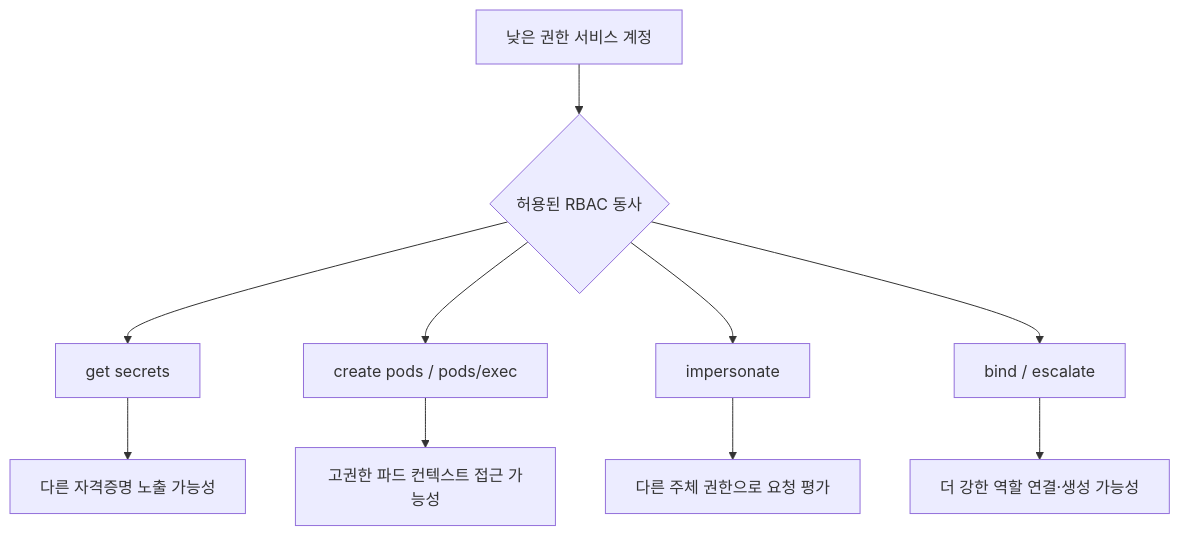
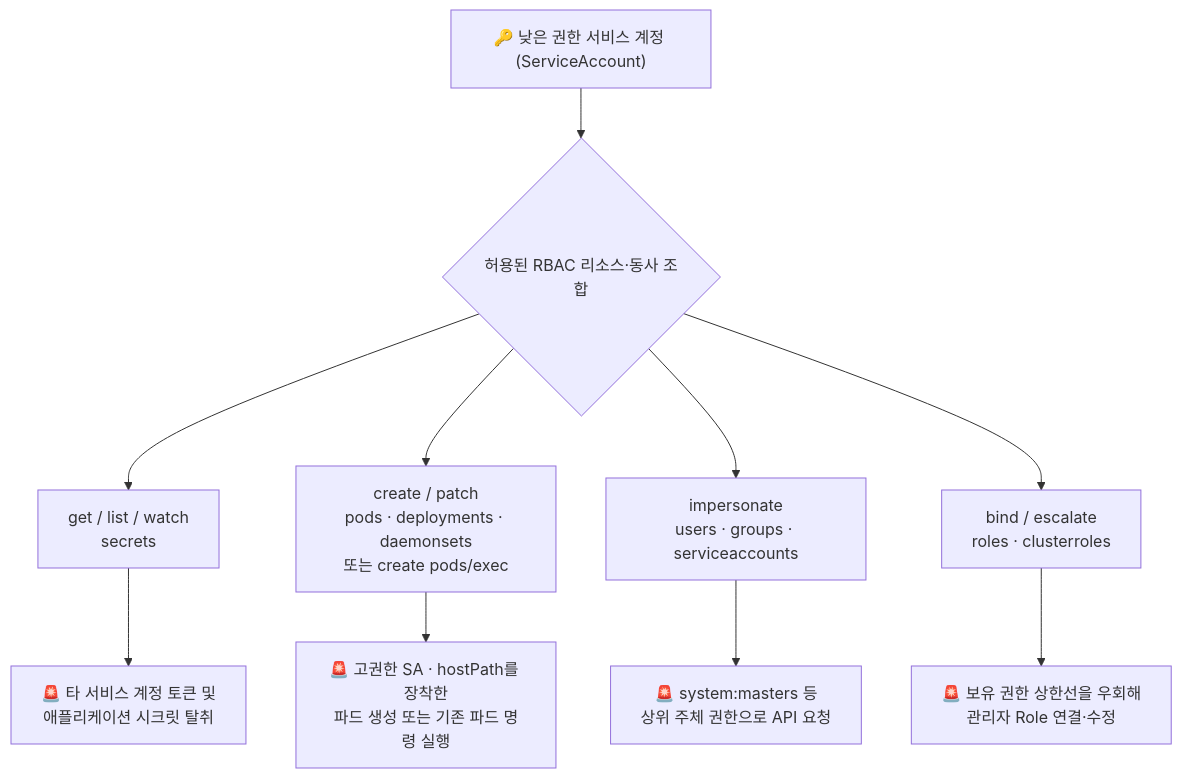
Before and after one commit to gooyong-sec/gooyong-sec.github.io: the third of 3 diagrams in content/클라우드인프라/클라우드 인프라 진단 — 컨테이너·Kubernetes 탈출.md, drawn with Mermaid. The commit also changed other lines of this file and 68 other files, not shown here.

````diff
--- a/content/클라우드인프라/클라우드 인프라 진단 — 컨테이너·Kubernetes 탈출.md
+++ b/content/클라우드인프라/클라우드 인프라 진단 — 컨테이너·Kubernetes 탈출.md
@@ -65,12 +135,12 @@
 ```mermaid
 flowchart TD
-    A["낮은 권한 서비스 계정"] --> B{"허용된 RBAC 동사"}
-    B --> C["get secrets"]
-    B --> D["create pods / pods/exec"]
-    B --> E["impersonate"]
-    B --> F["bind / escalate"]
-    C --> G["다른 자격증명 노출 가능성"]
-    D --> H["고권한 파드 컨텍스트 접근 가능성"]
-    E --> I["다른 주체 권한으로 요청 평가"]
-    F --> J["더 강한 역할 연결·생성 가능성"]
+    A["🔑 낮은 권한 서비스 계정 (ServiceAccount)"] --> B{"허용된 RBAC 리소스·동사 조합"}
+    B --> C["get / list / watch<br/>secrets"]
+    B --> D["create / patch<br/>pods · deployments · daemonsets<br/>또는 create pods/exec"]
+    B --> E["impersonate<br/>users · groups · serviceaccounts"]
+    B --> F["bind / escalate<br/>roles · clusterroles"]
+    C --> G["🚨 타 서비스 계정 토큰 및<br/>애플리케이션 시크릿 탈취"]
+    D --> H["🚨 고권한 SA · hostPath를 장착한<br/>파드 생성 또는 기존 파드 명령 실행"]
+    E --> I["🚨 system:masters 등<br/>상위 주체 권한으로 API 요청"]
+    F --> J["🚨 보유 권한 상한선을 우회해<br/>관리자 Role 연결·수정"]
 ```
````
